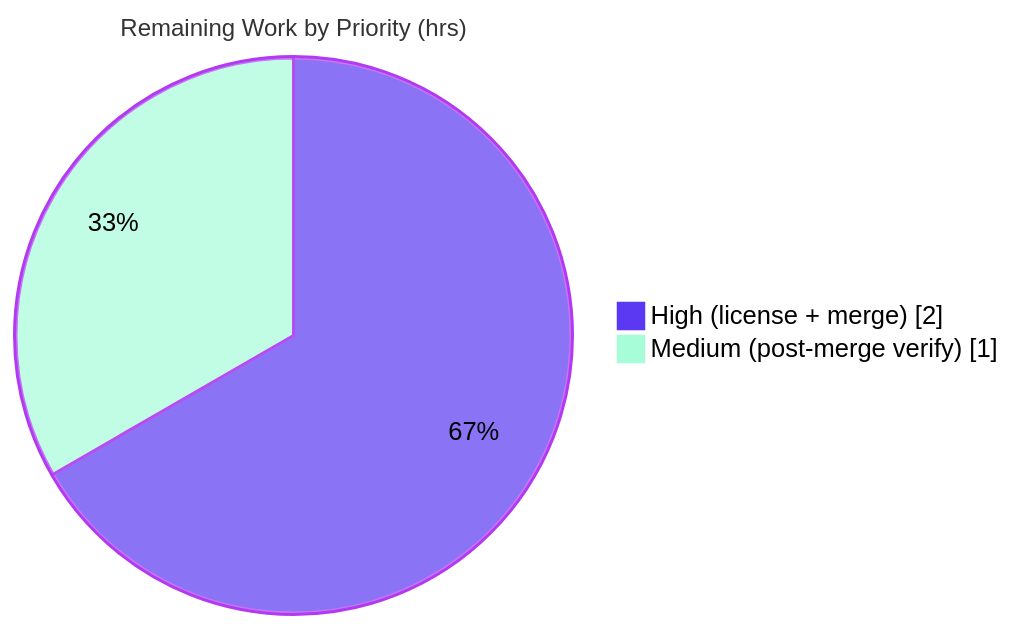
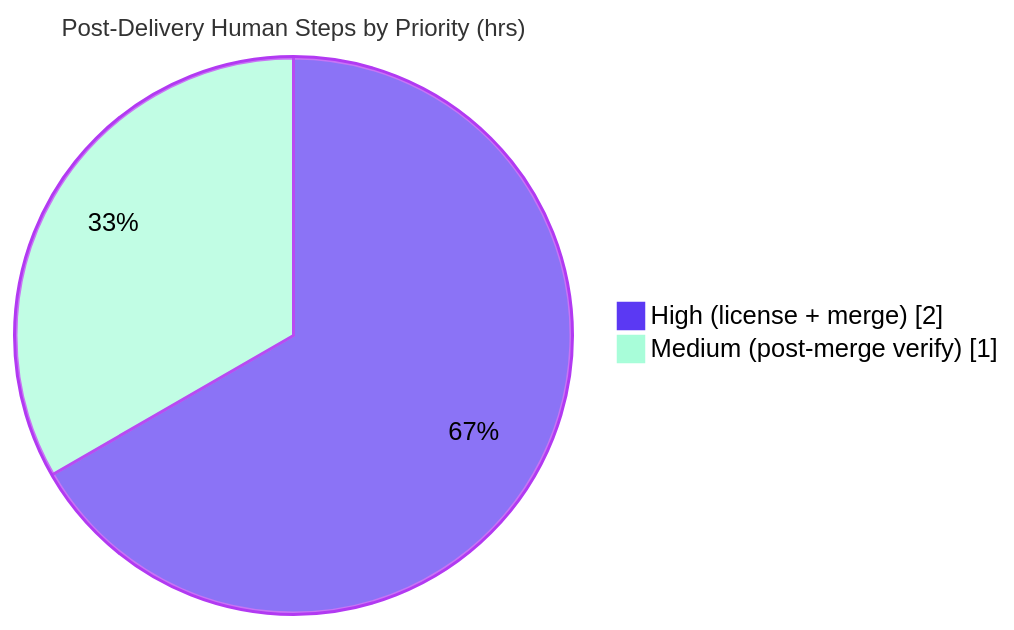
Before and after one commit to ajitblitzy/Society_mngt-13-Jul-2026: the third of 3 diagrams in blitzy/documentation/Project Guide.md, drawn with Mermaid. The commit also changed other lines of this file and 1 other file, not shown here.

````diff
--- a/blitzy/documentation/Project Guide.md
+++ b/blitzy/documentation/Project Guide.md
@@ -207,7 +209,7 @@
 ```mermaid
 %%{init: {"theme":"base","themeVariables":{"pie1":"#5B39F3","pie2":"#A8FDD9","pieStrokeColor":"#B23AF2","pieStrokeWidth":"2px","pieOuterStrokeColor":"#B23AF2","pieOuterStrokeWidth":"2px","pieSectionTextColor":"#000000","pieLegendTextColor":"#000000","pieTitleTextSize":"16px"}}}%%
 pie showData
-    title Remaining Work by Priority (hrs)
+    title Post-Delivery Human Steps by Priority (hrs)
     "High (license + merge)" : 2
     "Medium (post-merge verify)" : 1
 ```
````
